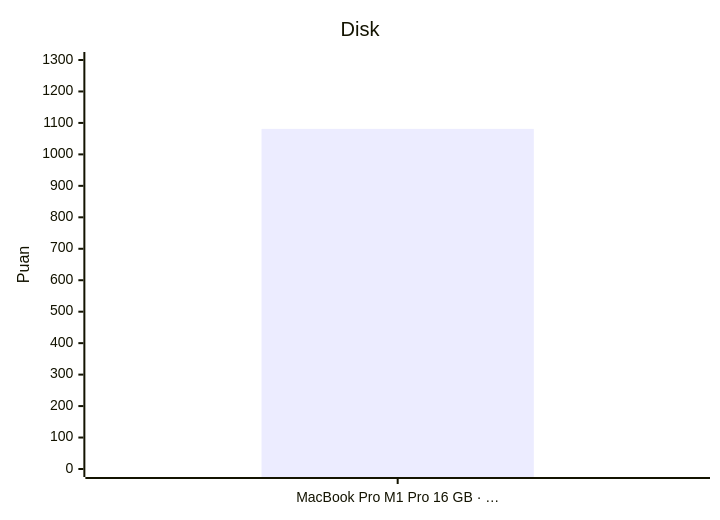
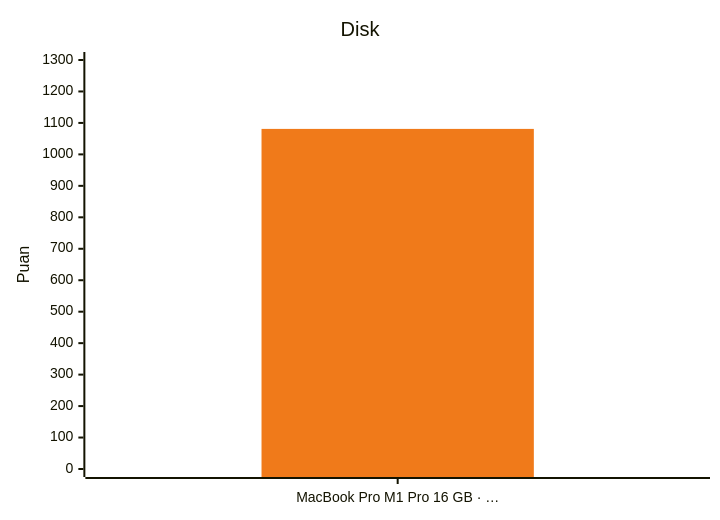
One commit to ferhatozcelik/maker-os changed the fifth of 5 diagrams in benchmark/README.md. Above: the diagram before and after it, drawn with Mermaid. The commit also changed other lines of this file and 1 other file, not shown here.

````diff
--- a/benchmark/README.md
+++ b/benchmark/README.md
@@ -71,7 +75,8 @@
 ```mermaid
+%%{init: {"themeVariables": {"xyChart": {"plotColorPalette": "#f07a1a"}}}}%%
 xychart-beta
   title "Disk"
   x-axis ["MacBook Pro M1 Pro 16 GB · …"]
   y-axis "Puan" 0 --> 1300
   bar [1081]
 ```
````
